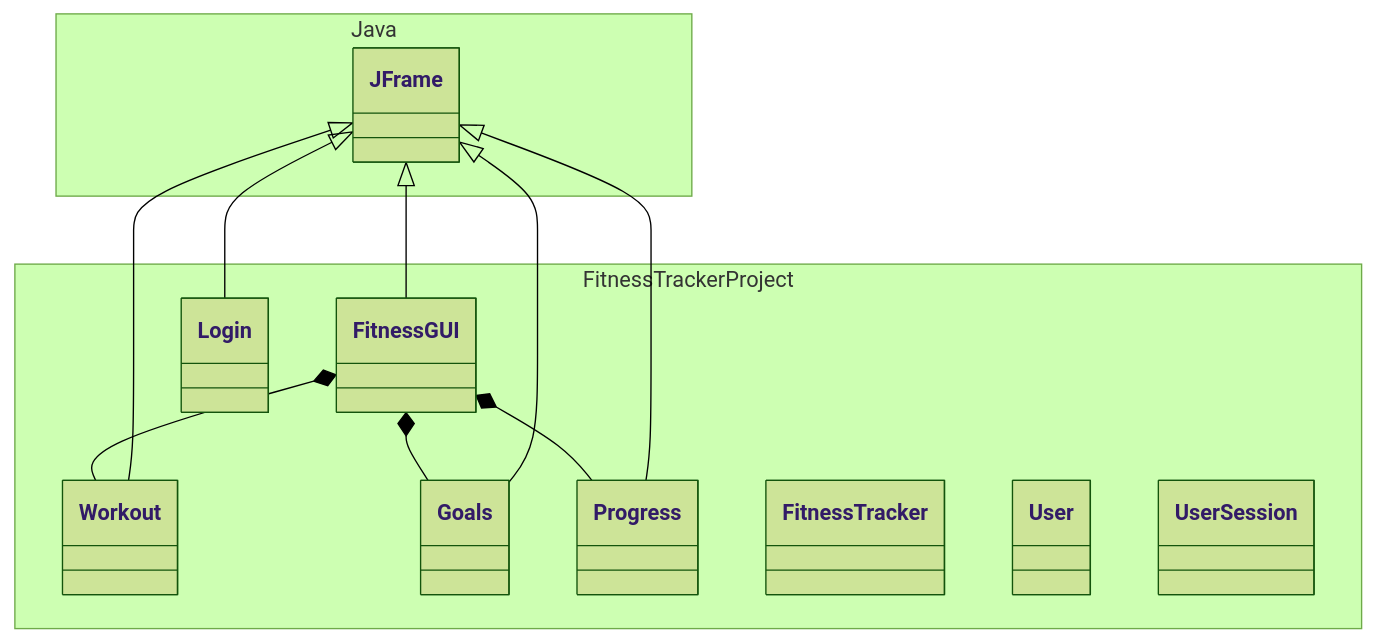
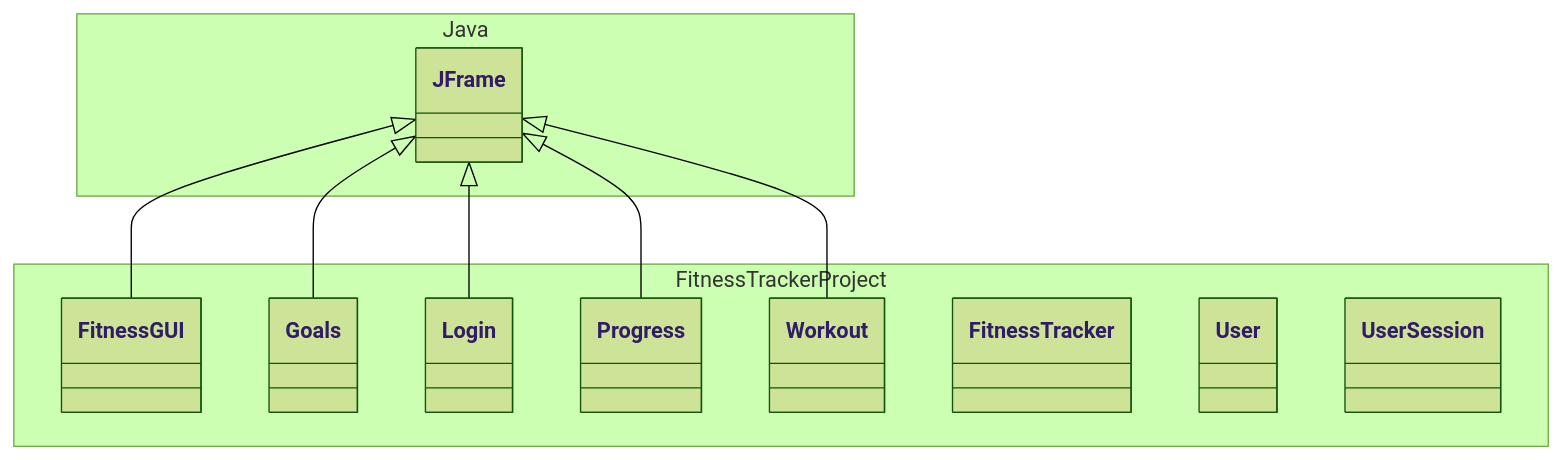
The diagram in README.md (KennyQiH/FitnessTracker), drawn with Mermaid before and after one commit.

Commit message:
Remove composition associations from the uml diagram

````diff
--- a/README.md
+++ b/README.md
@@ -29,44 +29,41 @@
 ```mermaid
 %%{init: {'theme':'forest'}}%%
 classDiagram
     JFrame <|-- FitnessGUI
-    FitnessGUI *-- Workout
-    FitnessGUI *-- Goals
-    FitnessGUI *-- Progress
 
     JFrame <|-- Goals
     JFrame <|-- Login
     JFrame <|-- Progress
     JFrame <|-- Workout 
     namespace Java {
         class JFrame {
 
         }
     }
     namespace FitnessTrackerProject {
         class FitnessGUI {
         }
         class FitnessTracker {
         }
         class Goals {
 
         }
         class Progress {
 
         }
         class Login {
 
         }
         class Progress {
 
         }
         class User {
         }
         class UserSession {
 
         }
         class Workout {
 
         }
     }
 ```
````
